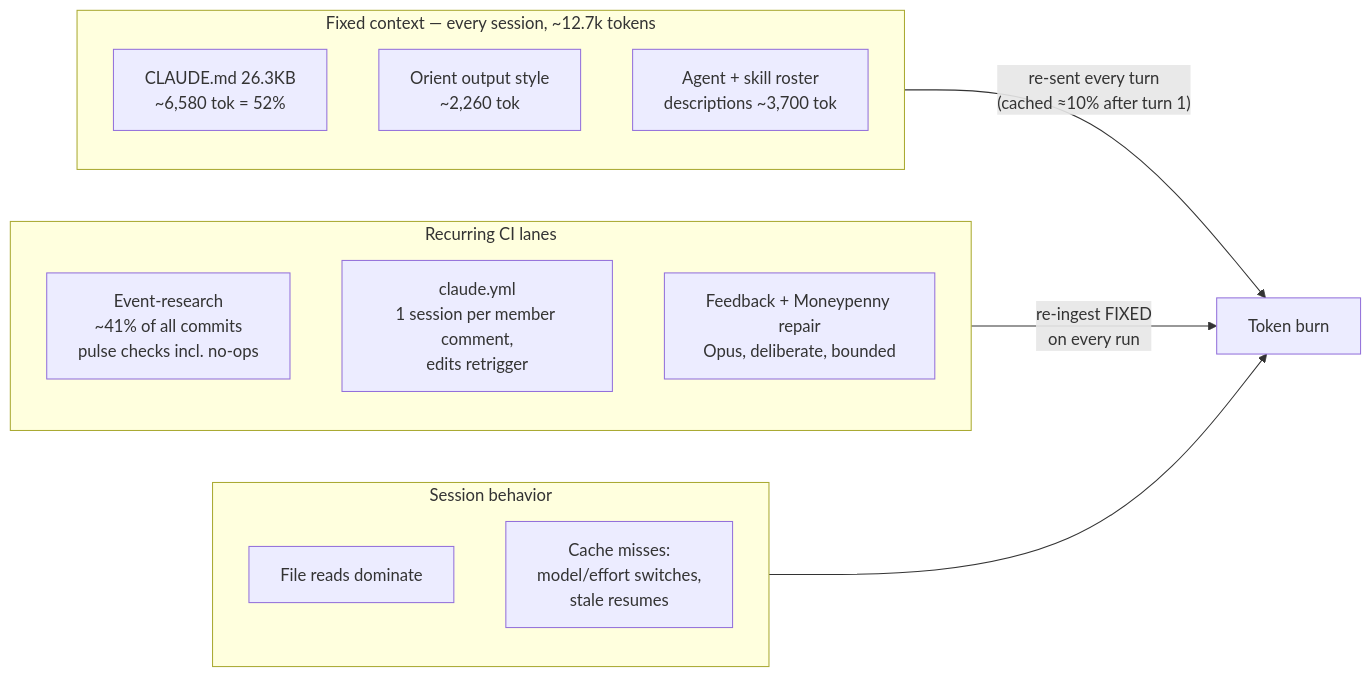
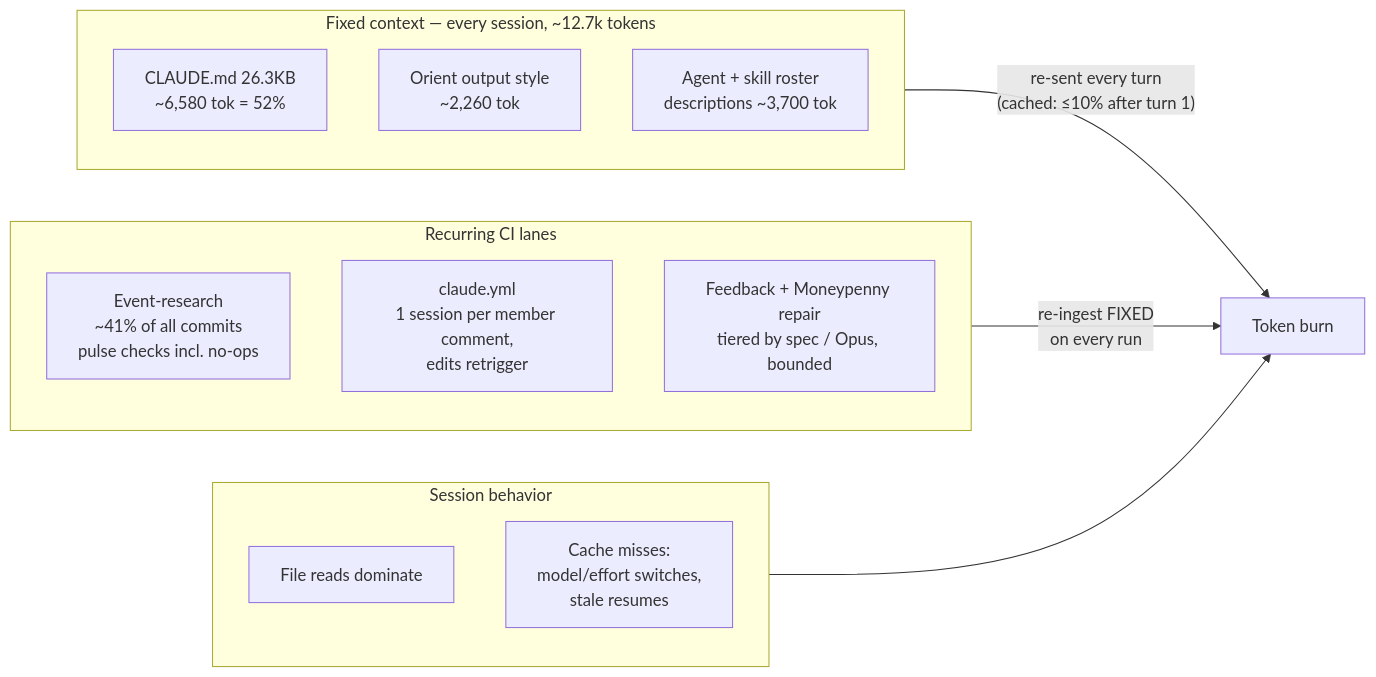
Before and after one commit to ejclark/skynet-capital: the diagram in docs/process/TOKEN-EFFICIENCY.md, drawn with Mermaid. The commit also changed other lines of this file and 4 other files, not shown here.

````diff
--- a/docs/process/TOKEN-EFFICIENCY.md
+++ b/docs/process/TOKEN-EFFICIENCY.md
@@ -34,20 +34,20 @@
 ```mermaid
 flowchart LR
     subgraph FIXED["Fixed context — every session, ~12.7k tokens"]
         A["CLAUDE.md 26.3KB<br/>~6,580 tok = 52%"]
         B["Orient output style<br/>~2,260 tok"]
         C["Agent + skill roster<br/>descriptions ~3,700 tok"]
     end
     subgraph LANES["Recurring CI lanes"]
         D["Event-research<br/>~41% of all commits<br/>pulse checks incl. no-ops"]
         E["claude.yml<br/>1 session per member comment,<br/>edits retrigger"]
-        F["Feedback + Moneypenny repair<br/>Opus, deliberate, bounded"]
+        F["Feedback + Moneypenny repair<br/>tiered by spec / Opus, bounded"]
     end
     subgraph SESSION["Session behavior"]
         G["File reads dominate"]
         H["Cache misses:<br/>model/effort switches,<br/>stale resumes"]
     end
-    FIXED -->|"re-sent every turn<br/>(cached ≈10% after turn 1)"| COST["Token burn"]
+    FIXED -->|"re-sent every turn<br/>(cached: ≤10% after turn 1)"| COST["Token burn"]
     LANES -->|"re-ingest FIXED<br/>on every run"| COST
     SESSION --> COST
 ```
````
